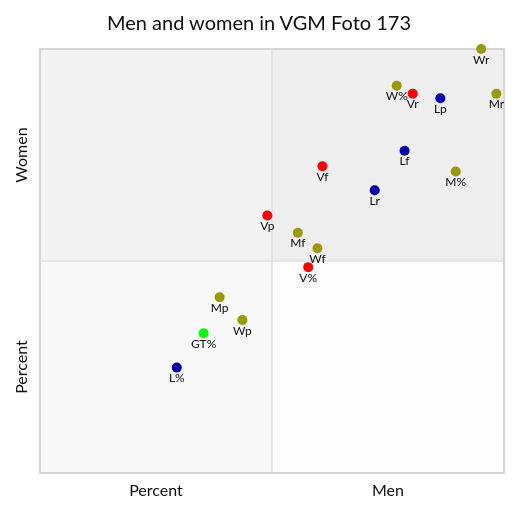
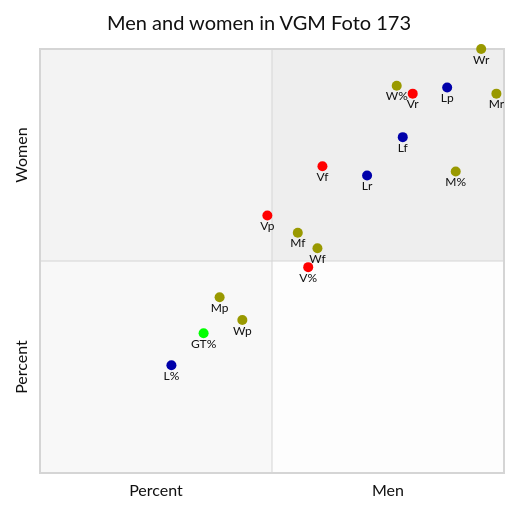
One commit to Modern36/tropes_1500 changed the fifth of 11 diagrams in browser/scatter.md. Above: the diagram before and after it, drawn with Mermaid (neutral theme). The commit also changed other lines of this file and 28 other files, not shown here.

````diff
--- a/browser/scatter.md
+++ b/browser/scatter.md
@@ -127,24 +127,24 @@
 ```mermaid
 quadrantChart
     title Men and women in VGM Foto 173
     x-axis Percent --> Men
     y-axis Percent --> Women
     M%: [0.8959537572254336, 0.7109826589595376] color: #999900
     W%: [0.7687861271676301, 0.9132947976878613] color: #999900
     GT%: [0.35260115606936415, 0.32947976878612717] color: #00FF00
     V%: [0.5780346820809249, 0.48554913294797686] color: #FF0000
-    L%: [0.2947976878612717, 0.24855491329479767] color: #0000AA
-    Lf: [0.7857142857142857, 0.76]  color: #0000AA
-    Lp: [0.8627450980392157, 0.8837209302325582]  color: #0000AA
-    Lr: [0.7213114754098361, 0.6666666666666666]  color: #0000AA
+    L%: [0.2832369942196532, 0.2543352601156069] color: #0000AA
+    Lf: [0.7818181818181819, 0.7920792079207921]  color: #0000AA
+    Lp: [0.8775510204081632, 0.9090909090909091]  color: #0000AA
+    Lr: [0.7049180327868853, 0.7017543859649122]  color: #0000AA
     Vf: [0.6086956521739131, 0.723404255319149]  color: #FF0000
     Vp: [0.49, 0.6071428571428571]  color: #FF0000
     Vr: [0.8032786885245902, 0.8947368421052632]  color: #FF0000
     Wf: [0.5979381443298969, 0.5302325581395348]  color: #999900
     Wp: [0.43609022556390975, 0.36075949367088606]  color: #999900
     Wr: [0.9508196721311475, 0.9999]  color: #999900
     Mf: [0.5555555555555556, 0.5666666666666667]  color: #999900
     Mp: [0.3870967741935484, 0.4146341463414634]  color: #999900
     Mr: [0.9836065573770492, 0.8947368421052632]  color: #999900
 
 ```
````
